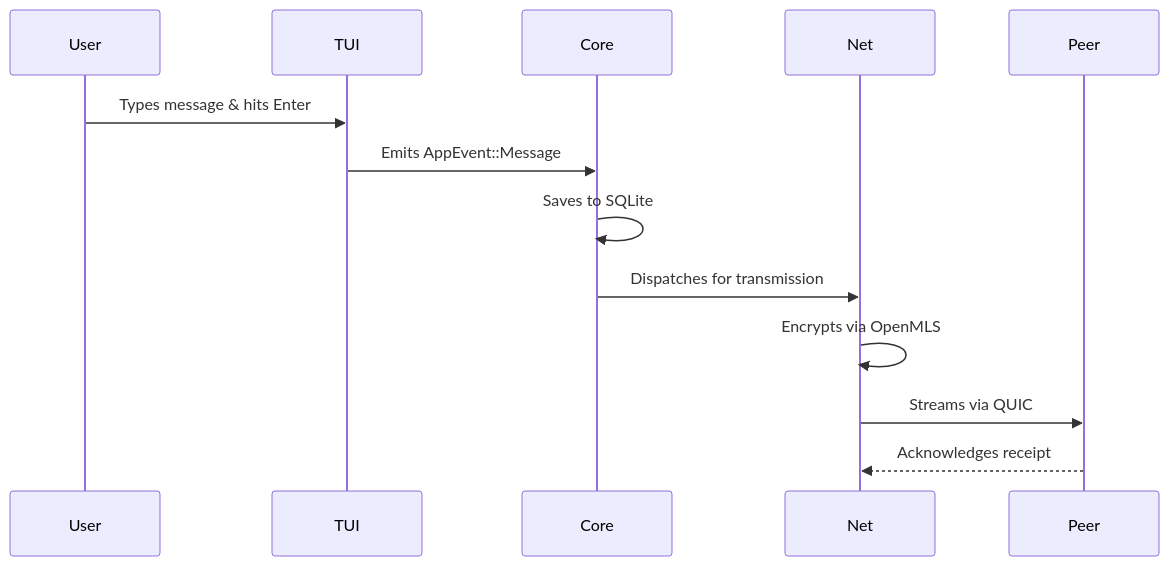
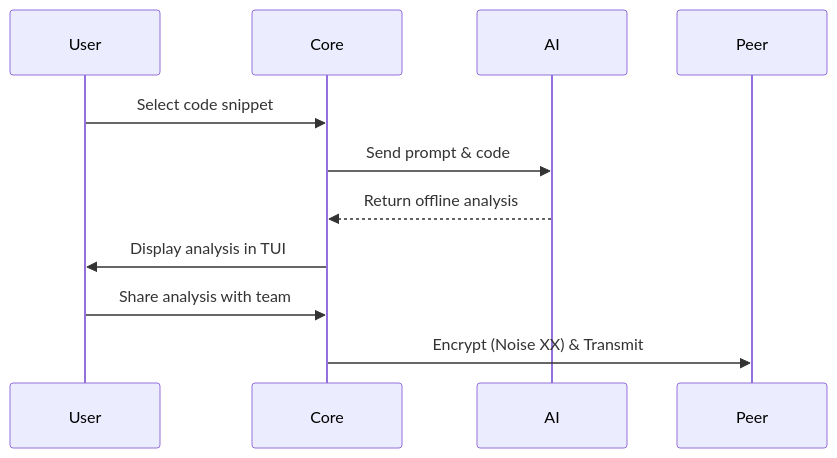
Before and after one commit to aaryanrwt/QuickChat: the second of 2 diagrams in README.md, drawn with Mermaid. The commit also changed other lines of this file, not shown here.

````diff
--- a/README.md
+++ b/README.md
@@ -172,16 +72,14 @@
 ```mermaid
 sequenceDiagram
     participant User
-    participant TUI
     participant Core
-    participant Net
+    participant AI
     participant Peer
     
-    User->>TUI: Types message & hits Enter
-    TUI->>Core: Emits AppEvent::Message
-    Core->>Core: Saves to SQLite
-    Core->>Net: Dispatches for transmission
-    Net->>Net: Encrypts via OpenMLS
-    Net->>Peer: Streams via QUIC
-    Peer-->>Net: Acknowledges receipt
+    User->>Core: Select code snippet
+    Core->>AI: Send prompt & code
+    AI-->>Core: Return offline analysis
+    Core->>User: Display analysis in TUI
+    User->>Core: Share analysis with team
+    Core->>Peer: Encrypt (Noise XX) & Transmit
 ```
````
